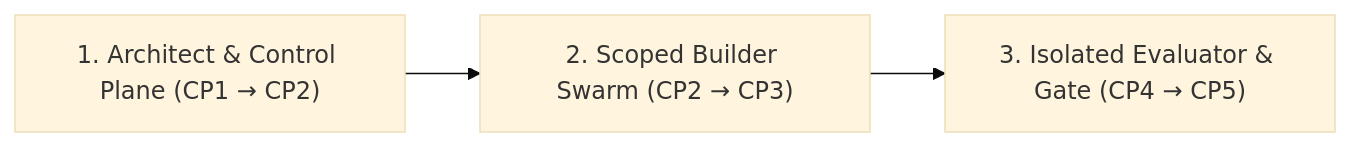
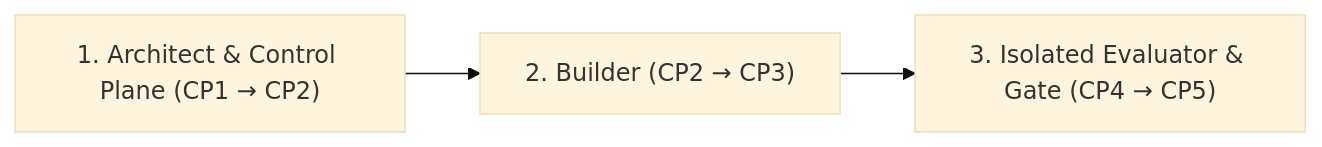
The diagram in docs/HOW_IT_WORKS.md (goadesign/surla), drawn with Mermaid (base theme) before and after one commit. The commit also changed other lines of this file and 87 other files, not shown here.

````diff
--- a/docs/HOW_IT_WORKS.md
+++ b/docs/HOW_IT_WORKS.md
@@ -15,5 +15,5 @@
 ```mermaid
 flowchart LR
-    A["1. Architect & Control Plane (CP1 → CP2)"] --> B["2. Scoped Builder Swarm (CP2 → CP3)"]
+    A["1. Architect & Control Plane (CP1 → CP2)"] --> B["2. Builder (CP2 → CP3)"]
     B --> C["3. Isolated Evaluator & Gate (CP4 → CP5)"]
 ```
````
